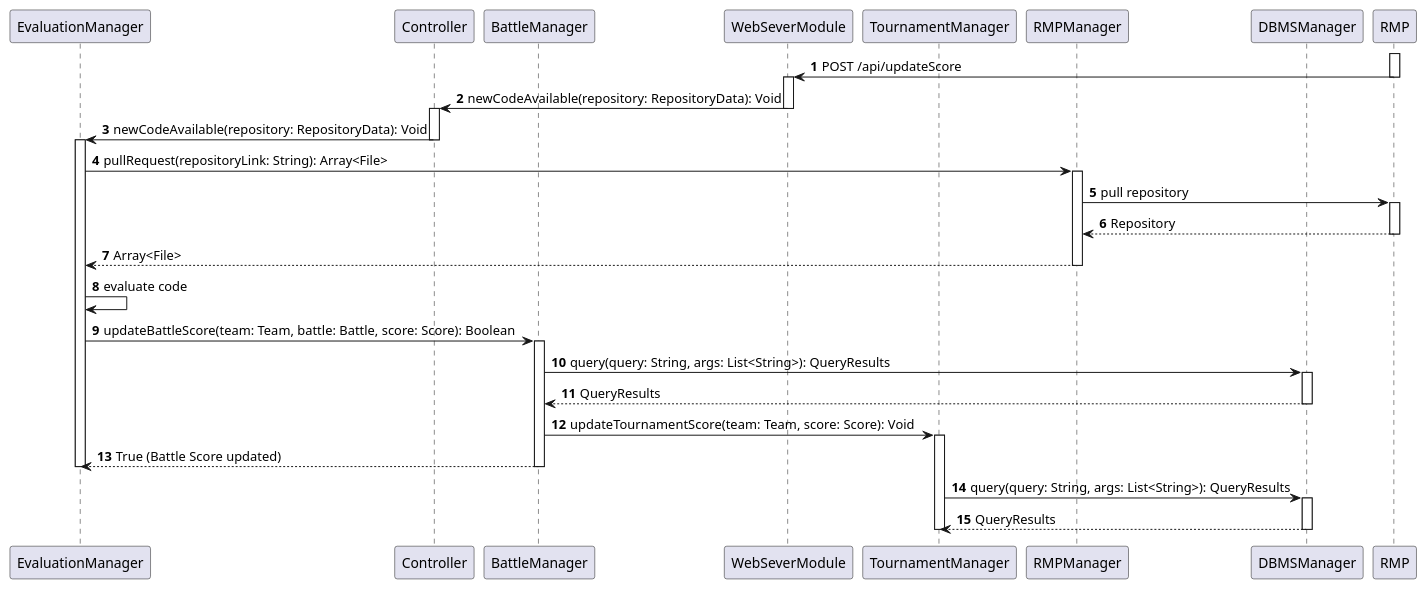
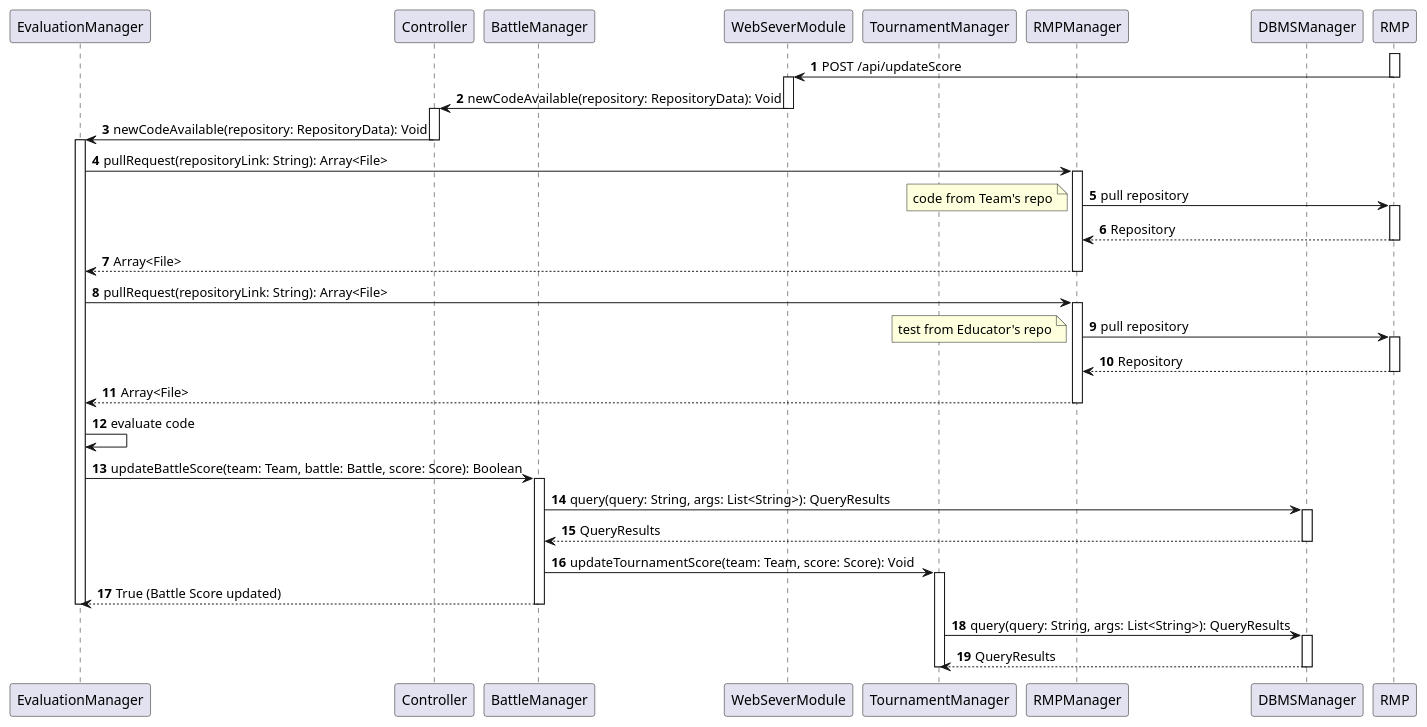
Before and after one commit to Angelo7672/SE2_Requirement-and-Design-Document: the diagram in _DD/Images/sequenceDiagrams/evaluateCode.wsd, drawn with PlantUML. The commit also changed 1 other file, not shown here.

```diff
--- a/_DD/Images/sequenceDiagrams/evaluateCode.wsd
+++ b/_DD/Images/sequenceDiagrams/evaluateCode.wsd
@@ -1,50 +1,64 @@
 @startuml
 
 autonumber
 
 participant EvaluationManager as EM
 participant Controller as C
 participant BattleManager as BM
 participant WebSeverModule as WS
 participant TournamentManager as TM
 participant RMPManager as RMPM
 participant DBMSManager as DBMS
 participant RMP as RMP
 
 activate RMP
 RMP -> WS: POST /api/updateScore
 deactivate RMP
 activate WS
 WS -> C: newCodeAvailable(repository: RepositoryData): Void
 deactivate WS
 activate C
 C -> EM: newCodeAvailable(repository: RepositoryData): Void
 deactivate C
 activate EM
 EM -> RMPM: pullRequest(repositoryLink: String): Array<File>
 activate RMPM
 RMPM->RMP: pull repository
+note left
+    code from Team's repo
+end note
+activate RMP
+RMP-->RMPM: Repository
+deactivate RMP
+RMPM --> EM: Array<File>
+deactivate RMPM
+EM -> RMPM: pullRequest(repositoryLink: String): Array<File>
+activate RMPM
+RMPM->RMP: pull repository
+note left
+    test from Educator's repo
+end note
 activate RMP
 RMP-->RMPM: Repository
 deactivate RMP
 RMPM --> EM: Array<File>
 deactivate RMPM
 EM -> EM: evaluate code
 EM -> BM: updateBattleScore(team: Team, battle: Battle, score: Score): Boolean
 activate BM
 BM->DBMS: query(query: String, args: List<String>): QueryResults
 activate DBMS
 DBMS-->BM: QueryResults
 deactivate DBMS
 BM -> TM: updateTournamentScore(team: Team, score: Score): Void
 activate TM
 BM --> EM: True (Battle Score updated)
 deactivate EM
 deactivate BM
 TM->DBMS: query(query: String, args: List<String>): QueryResults
 activate DBMS
 DBMS-->TM: QueryResults
 deactivate DBMS
 deactivate TM
 
 @enduml
```
